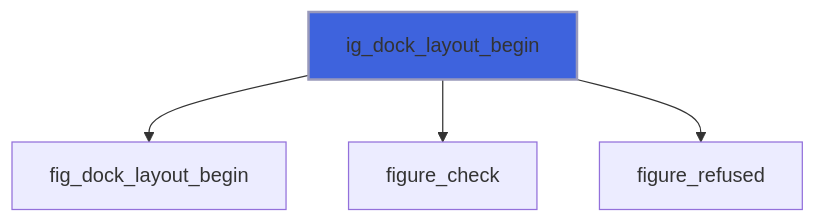
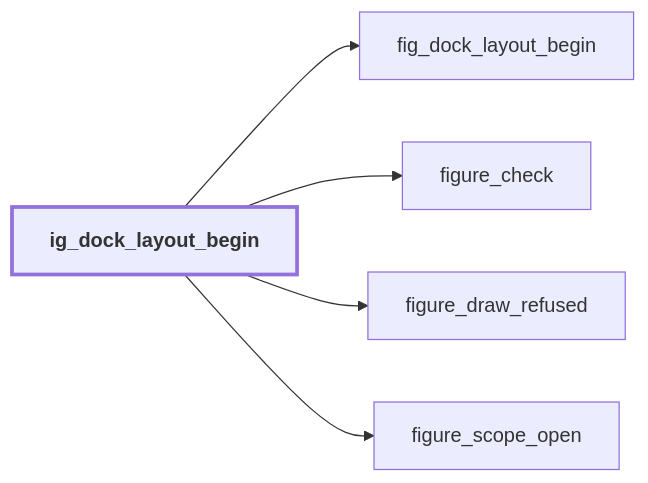
Before and after one commit to szaghi/figure: the ninth of 9 diagrams in docs/api/src/lib/figure_dock.md, drawn with Mermaid. The commit also changed other lines of this file and 54 other files, not shown here.

````diff
--- a/docs/api/src/lib/figure_dock.md
+++ b/docs/api/src/lib/figure_dock.md
@@ -278,7 +313,13 @@
 ```mermaid
-flowchart TD
+flowchart LR
   ig_dock_layout_begin["ig_dock_layout_begin"] --> fig_dock_layout_begin["fig_dock_layout_begin"]
   ig_dock_layout_begin["ig_dock_layout_begin"] --> figure_check["figure_check"]
-  ig_dock_layout_begin["ig_dock_layout_begin"] --> figure_refused["figure_refused"]
-  style ig_dock_layout_begin fill:#3e63dd,stroke:#99b,stroke-width:2px
+  ig_dock_layout_begin["ig_dock_layout_begin"] --> figure_draw_refused["figure_draw_refused"]
+  ig_dock_layout_begin["ig_dock_layout_begin"] --> figure_scope_open["figure_scope_open"]
+  classDef focus stroke-width:3px,font-weight:bold
+  class ig_dock_layout_begin focus
+  click figure_draw_refused href "figure_base.html#figure-draw-refused" "figure_draw_refused"
+  click figure_check href "figure_base.html#figure-check" "figure_check"
+  click fig_dock_layout_begin href "figure_c_native.html#fig-dock-layout-begin" "fig_dock_layout_begin"
+  click figure_scope_open href "figure_base.html#figure-scope-open" "figure_scope_open"
 ```
````
